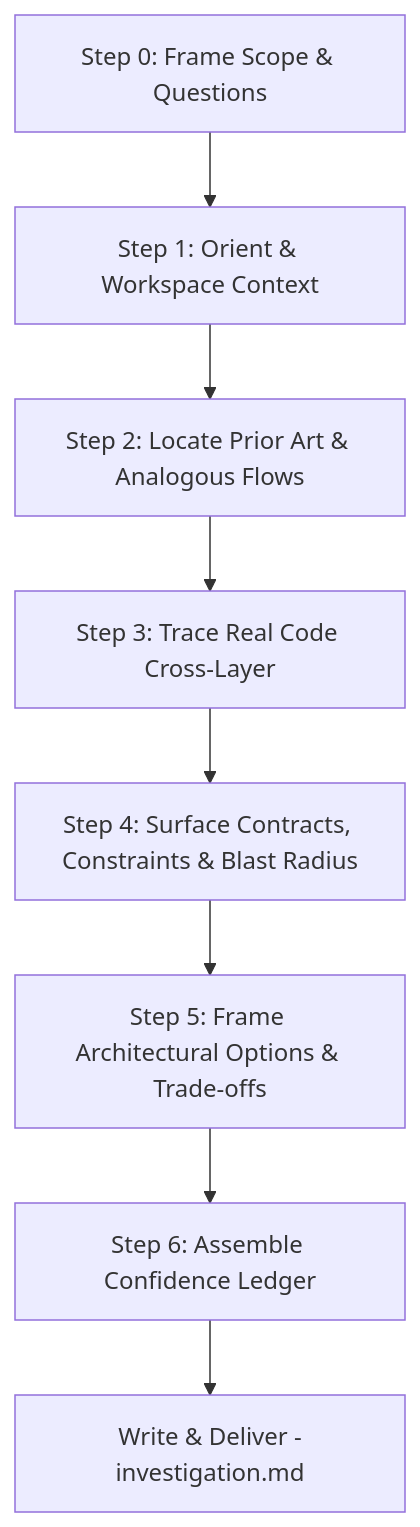
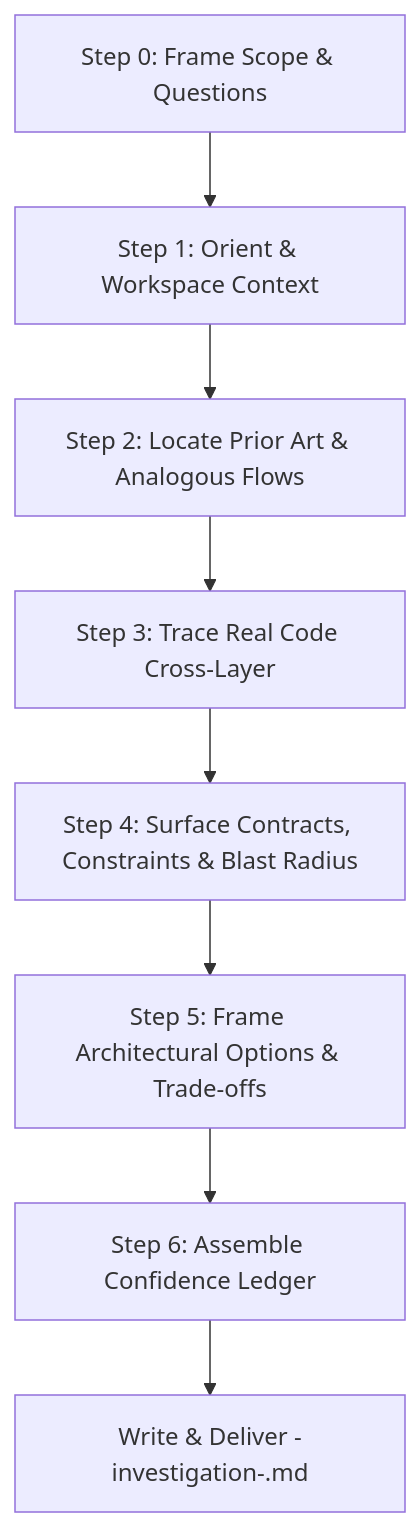
Before and after one commit to snuffish/dotfiles: the diagram in skills/investigate/SKILL.md, drawn with Mermaid. The commit also changed other lines of this file and 17 other files, not shown here.

````diff
--- a/skills/investigate/SKILL.md
+++ b/skills/investigate/SKILL.md
@@ -94,10 +94,10 @@
 ```mermaid
 flowchart TD
     S0["Step 0: Frame Scope & Questions"] --> S1["Step 1: Orient & Workspace Context"]
     S1 --> S2["Step 2: Locate Prior Art & Analogous Flows"]
     S2 --> S3["Step 3: Trace Real Code Cross-Layer"]
     S3 --> S4["Step 4: Surface Contracts, Constraints & Blast Radius"]
     S4 --> S5["Step 5: Frame Architectural Options & Trade-offs"]
     S5 --> S6["Step 6: Assemble Confidence Ledger"]
-    S6 --> Art["Write & Deliver <prefix>-investigation.md"]
+    S6 --> Art["Write & Deliver <prefix>-investigation-<suffix>.md"]
 ```
````
